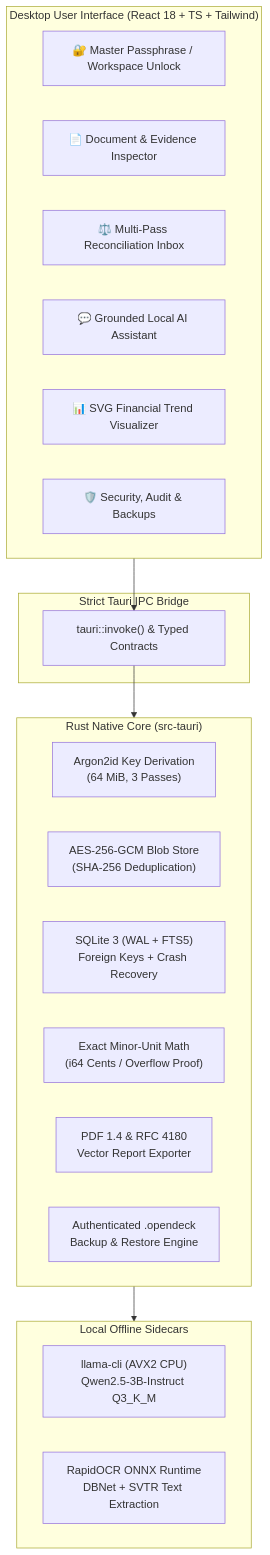
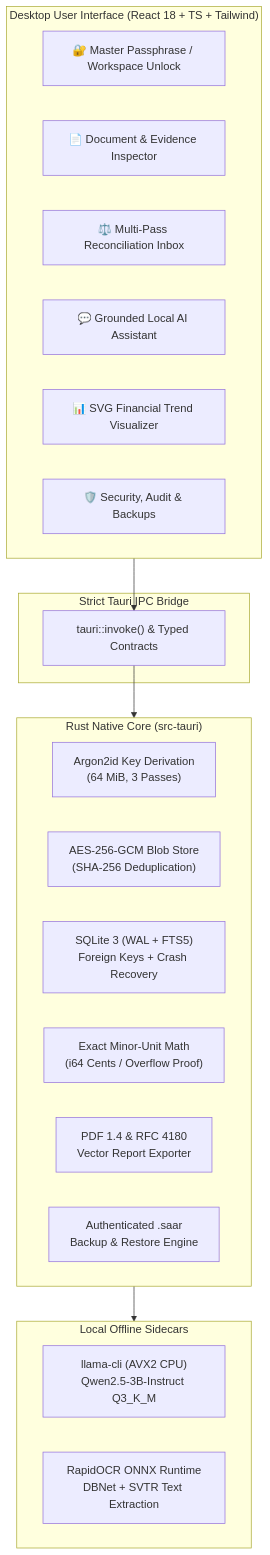
Before and after one commit to THE-SHRIKS/SAAR-LokiXPiyush: the diagram in README.md, drawn with Mermaid. The commit also changed other lines of this file and 34 other files, not shown here.

````diff
--- a/README.md
+++ b/README.md
@@ -34,32 +34,32 @@
 ```mermaid
 flowchart TD
     subgraph UI ["Desktop User Interface (React 18 + TS + Tailwind)"]
         UI_AUTH["🔐 Master Passphrase / Workspace Unlock"]
         UI_DOCS["📄 Document & Evidence Inspector"]
         UI_RECON["⚖️ Multi-Pass Reconciliation Inbox"]
         UI_CHAT["💬 Grounded Local AI Assistant"]
         UI_REP["📊 SVG Financial Trend Visualizer"]
         UI_SET["🛡️ Security, Audit & Backups"]
     end
 
     subgraph IPC ["Strict Tauri IPC Bridge"]
         BRIDGE["tauri::invoke() & Typed Contracts"]
     end
 
     subgraph CORE ["Rust Native Core (src-tauri)"]
         KDF["Argon2id Key Derivation\n(64 MiB, 3 Passes)"]
         BLOB["AES-256-GCM Blob Store\n(SHA-256 Deduplication)"]
         DB["SQLite 3 (WAL + FTS5)\nForeign Keys + Crash Recovery"]
         MONEY["Exact Minor-Unit Math\n(i64 Cents / Overflow Proof)"]
         EXP["PDF 1.4 & RFC 4180\nVector Report Exporter"]
-        BACKUP["Authenticated .opendeck\nBackup & Restore Engine"]
+        BACKUP["Authenticated .saar\nBackup & Restore Engine"]
     end
 
     subgraph SIDECARS ["Local Offline Sidecars"]
         LLM["llama-cli (AVX2 CPU)\nQwen2.5-3B-Instruct Q3_K_M"]
         OCR["RapidOCR ONNX Runtime\nDBNet + SVTR Text Extraction"]
     end
 
     UI --> BRIDGE --> CORE
     CORE --> SIDECARS
 ```
````
